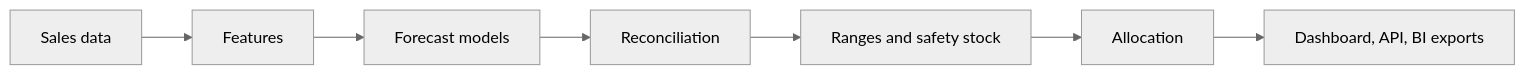
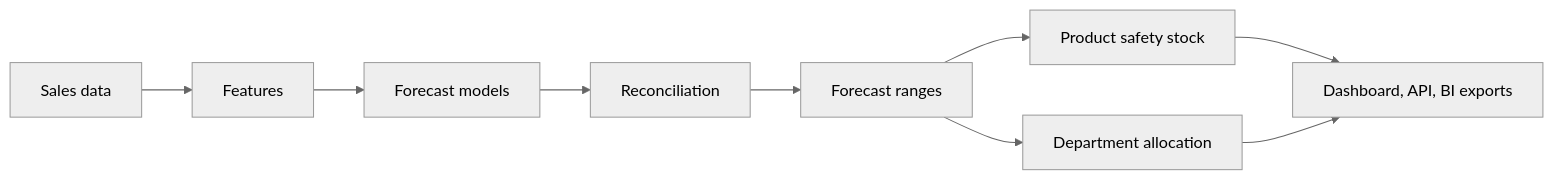
Before and after one commit to advaithvemurisai/demand-forecast-platform: the diagram in README.md, drawn with Mermaid (neutral theme). The commit also changed other lines of this file, not shown here.

Commit message:
Say in the README what is forecast, allocated and counted as a stockout

````diff
--- a/README.md
+++ b/README.md
@@ -43,9 +43,11 @@
 ```mermaid
 flowchart LR
     D[Sales data] --> F[Features]
     F --> M[Forecast models]
     M --> R[Reconciliation]
-    R --> P[Ranges and safety stock]
-    P --> A[Allocation]
-    A --> O[Dashboard, API, BI exports]
+    R --> P[Forecast ranges]
+    P --> S[Product safety stock]
+    P --> A[Department allocation]
+    S --> O[Dashboard, API, BI exports]
+    A --> O
 ```
````
